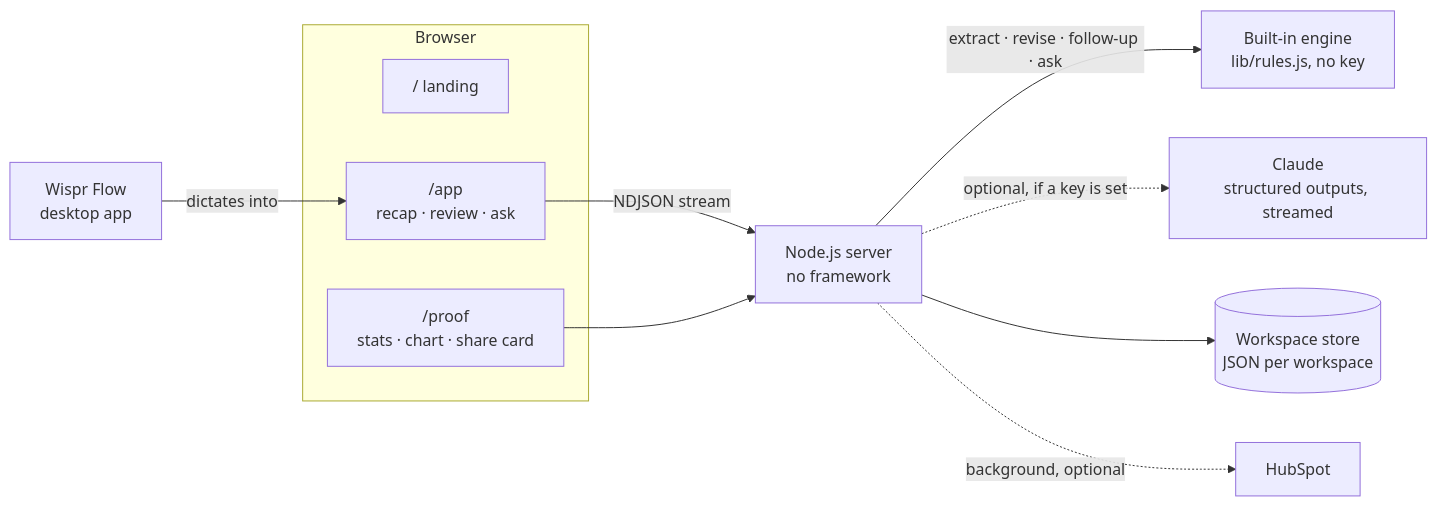
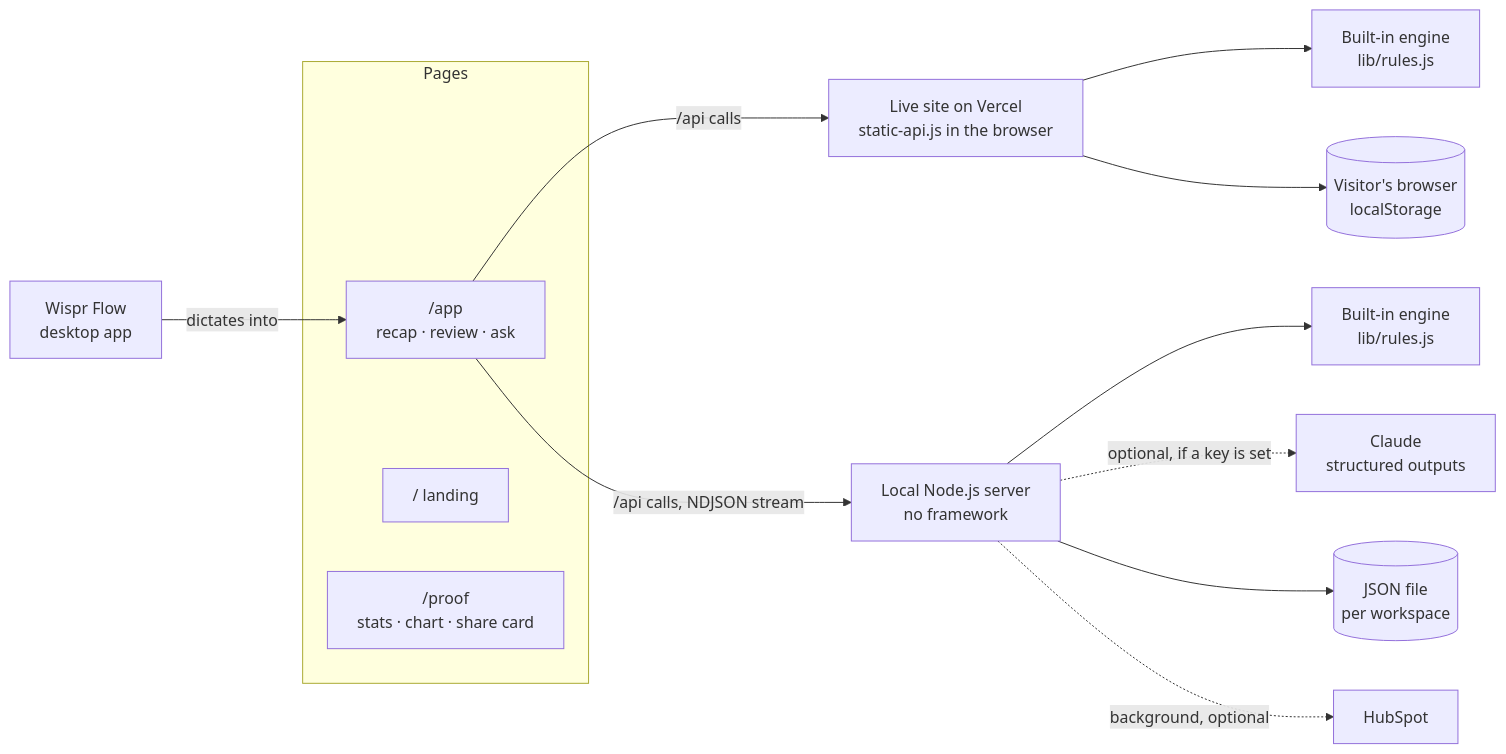
Before and after one commit to Utkarsh2730/sayso: the diagram in README.md, drawn with Mermaid. The commit also changed other lines of this file, not shown here.

````diff
--- a/README.md
+++ b/README.md
@@ -114,15 +116,17 @@
 ```mermaid
 graph LR
-  subgraph Browser
+  W[Wispr Flow<br/>desktop app] -->|dictates into| A
+  subgraph Pages
     L["/ landing"]
     A["/app<br/>recap · review · ask"]
     P["/proof<br/>stats · chart · share card"]
   end
-  W[Wispr Flow<br/>desktop app] -->|dictates into| A
-  A -->|NDJSON stream| S[Node.js server<br/>no framework]
-  P --> S
-  S -->|extract · revise · follow-up · ask| R[Built-in engine<br/>lib/rules.js, no key]
-  S -.->|optional, if a key is set| C[Claude<br/>structured outputs, streamed]
-  S --> D[(Workspace store<br/>JSON per workspace)]
+  A -->|/api calls| V[Live site on Vercel<br/>static-api.js in the browser]
+  V --> R1[Built-in engine<br/>lib/rules.js]
+  V --> B[(Visitor's browser<br/>localStorage)]
+  A -->|/api calls, NDJSON stream| S[Local Node.js server<br/>no framework]
+  S --> R2[Built-in engine<br/>lib/rules.js]
+  S -.->|optional, if a key is set| C[Claude<br/>structured outputs]
+  S --> D[(JSON file<br/>per workspace)]
   S -.->|background, optional| H[HubSpot]
 ```
````
